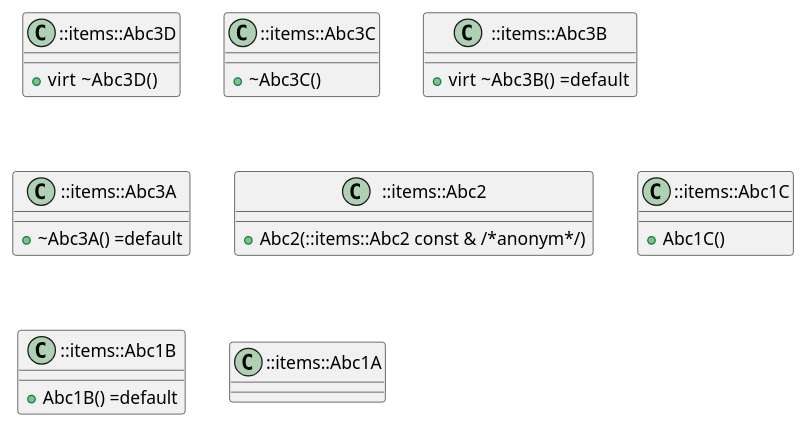
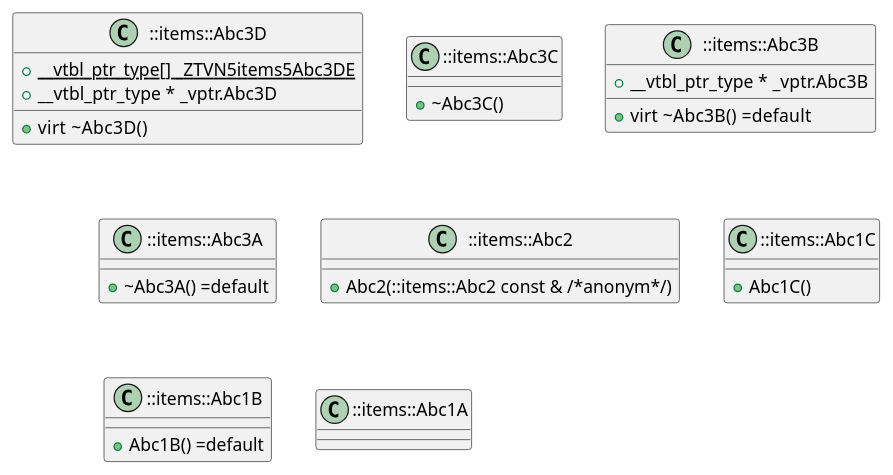
The diagram in examples/inheritgraph/cpp_ctors.cpp.puml (anetczuk/gcc-uml), drawn with PlantUML before and after one commit. The commit also changed 44 other files, not shown here.

```diff
--- a/examples/inheritgraph/cpp_ctors.cpp.puml
+++ b/examples/inheritgraph/cpp_ctors.cpp.puml
@@ -1,28 +1,31 @@
 @startuml
 
 class "::items::Abc3D" as item_0 {
+    {field} {static} + __vtbl_ptr_type[] _ZTVN5items5Abc3DE
+    {field} + __vtbl_ptr_type * _vptr.Abc3D
     {method} +virt  ~Abc3D() 
 }
 class "::items::Abc3C" as item_1 {
     {method} +  ~Abc3C() 
 }
 class "::items::Abc3B" as item_2 {
+    {field} + __vtbl_ptr_type * _vptr.Abc3B
     {method} +virt  ~Abc3B() =default
 }
 class "::items::Abc3A" as item_3 {
     {method} +  ~Abc3A() =default
 }
 class "::items::Abc2" as item_4 {
     {method} +  Abc2(::items::Abc2 const & /*anonym*/) 
 }
 class "::items::Abc1C" as item_5 {
     {method} +  Abc1C() 
 }
 class "::items::Abc1B" as item_6 {
     {method} +  Abc1B() =default
 }
 class "::items::Abc1A" as item_7 {
 }
 
 
 @enduml
```
